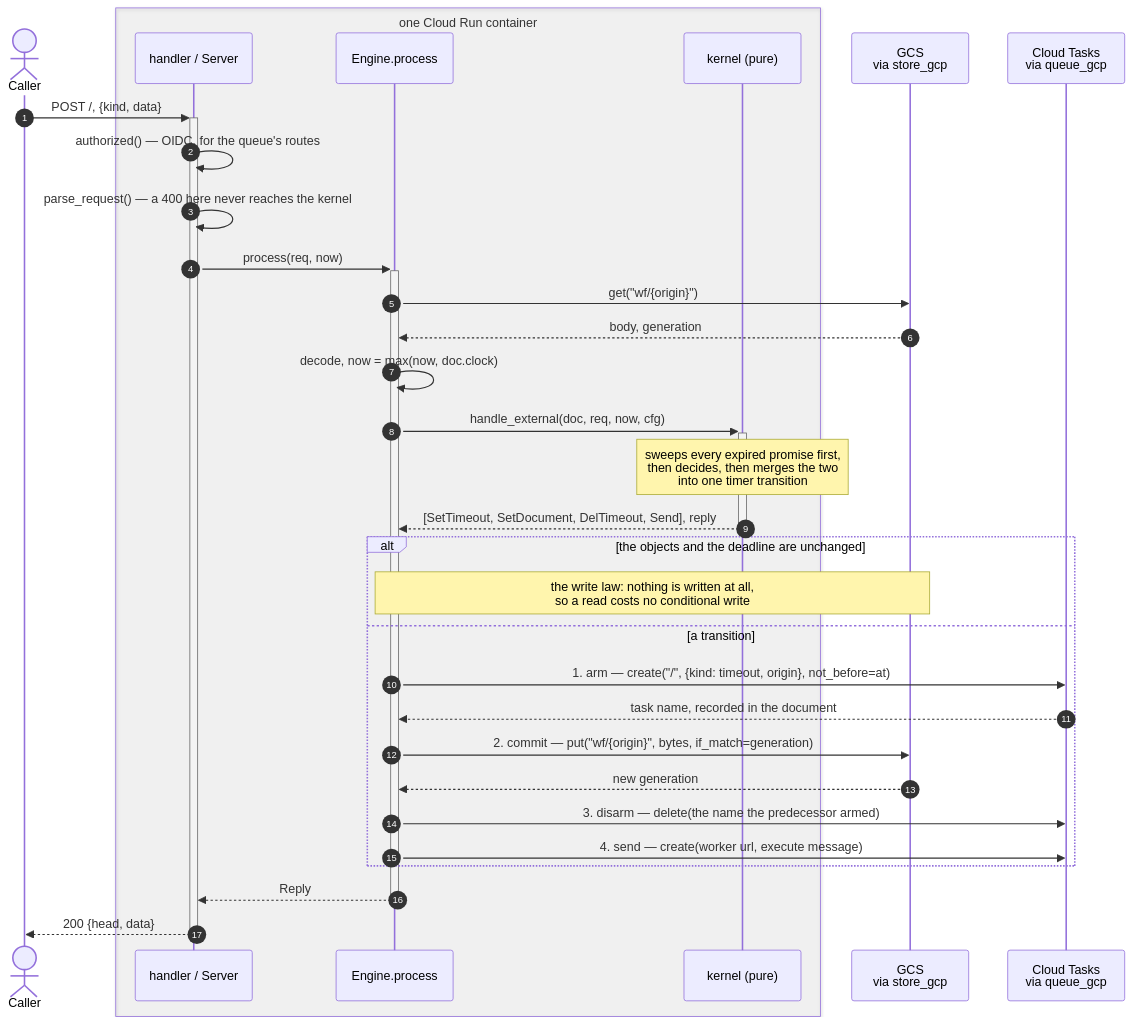
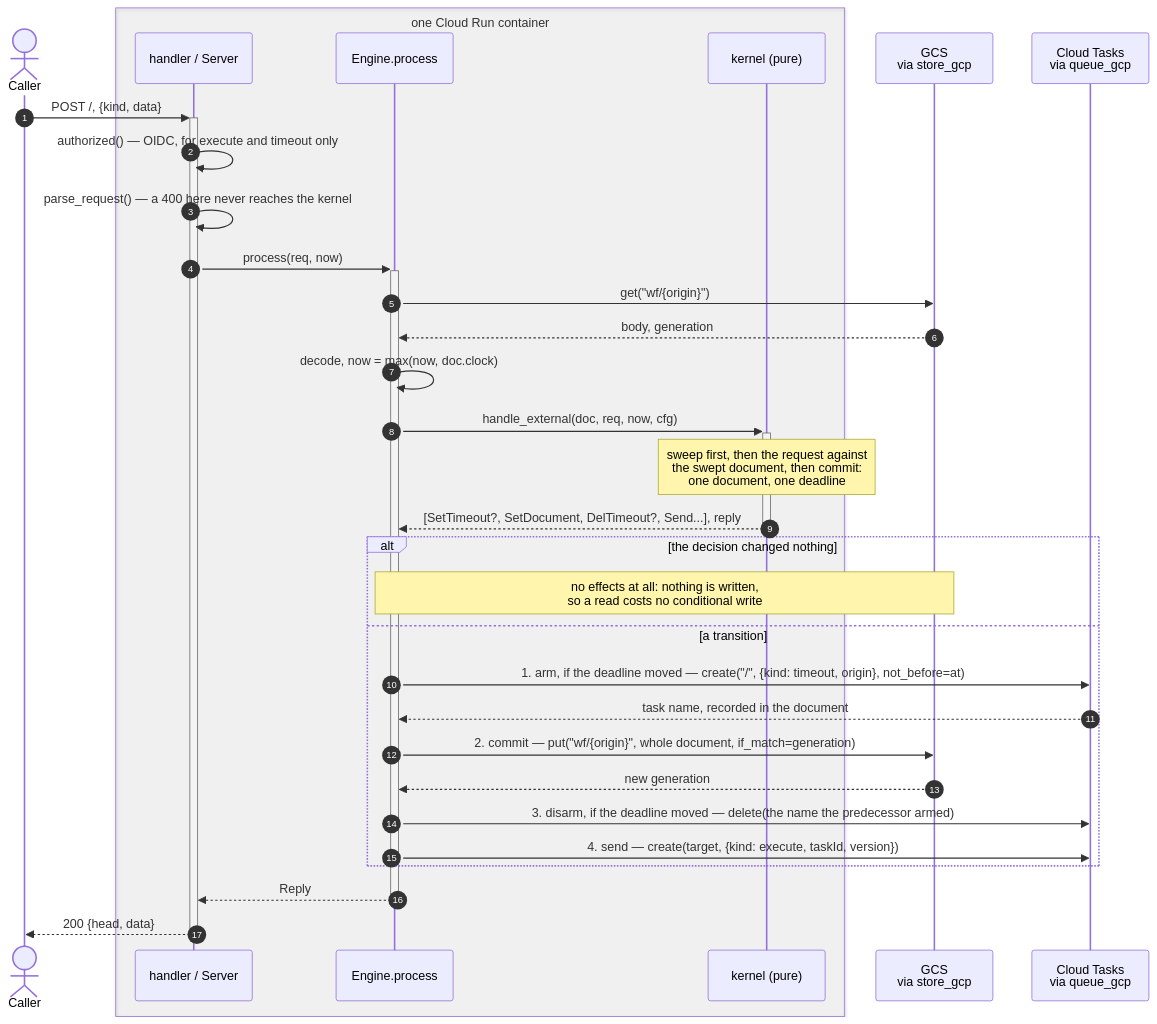
The second of 6 diagrams in code/final/SEQUENCE.md (resonatehq/durable-execution), drawn with Mermaid before and after one commit. The commit also changed other lines of this file and 8 other files, not shown here.

First line of the commit message:
Bring ARCHITECTURE, SEQUENCE, examples and live scripts up to date

````diff
--- a/code/final/SEQUENCE.md
+++ b/code/final/SEQUENCE.md
@@ -75,39 +75,39 @@
 ```mermaid
 sequenceDiagram
     autonumber
     actor C as Caller
     box rgba(128,128,128,0.08) one Cloud Run container
         participant H as handler / Server
         participant E as Engine.process
         participant K as kernel (pure)
     end
     participant S as GCS<br/>via store_gcp
     participant T as Cloud Tasks<br/>via queue_gcp
 
     C->>+H: POST /, {kind, data}
-    H->>H: authorized() — OIDC, for the queue's routes
+    H->>H: authorized() — OIDC, for execute and timeout only
     H->>H: parse_request() — a 400 here never reaches the kernel
     H->>+E: process(req, now)
 
     E->>S: get("wf/{origin}")
     S-->>E: body, generation
     E->>E: decode, now = max(now, doc.clock)
 
     E->>+K: handle_external(doc, req, now, cfg)
-    Note over K: sweeps every expired promise first,<br/>then decides, then merges the two<br/>into one timer transition
-    K-->>-E: [SetTimeout, SetDocument, DelTimeout, Send], reply
+    Note over K: sweep first, then the request against<br/>the swept document, then commit:<br/>one document, one deadline
+    K-->>-E: [SetTimeout?, SetDocument, DelTimeout?, Send...], reply
 
-    alt the objects and the deadline are unchanged
-        Note over E,S: the write law: nothing is written at all,<br/>so a read costs no conditional write
+    alt the decision changed nothing
+        Note over E,S: no effects at all: nothing is written,<br/>so a read costs no conditional write
     else a transition
-        E->>T: 1. arm — create("/", {kind: timeout, origin}, not_before=at)
+        E->>T: 1. arm, if the deadline moved — create("/", {kind: timeout, origin}, not_before=at)
         T-->>E: task name, recorded in the document
-        E->>S: 2. commit — put("wf/{origin}", bytes, if_match=generation)
+        E->>S: 2. commit — put("wf/{origin}", whole document, if_match=generation)
         S-->>E: new generation
-        E->>T: 3. disarm — delete(the name the predecessor armed)
-        E->>T: 4. send — create(worker url, execute message)
+        E->>T: 3. disarm, if the deadline moved — delete(the name the predecessor armed)
+        E->>T: 4. send — create(target, {kind: execute, taskId, version})
     end
 
     E-->>-H: Reply
     H-->>-C: 200 {head, data}
 ```
````
